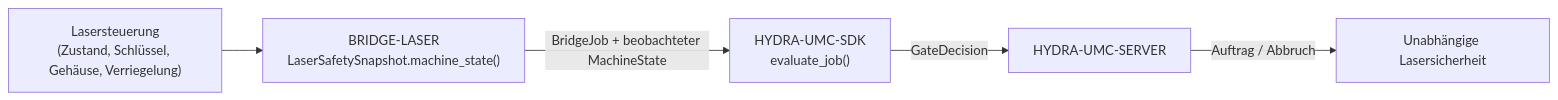
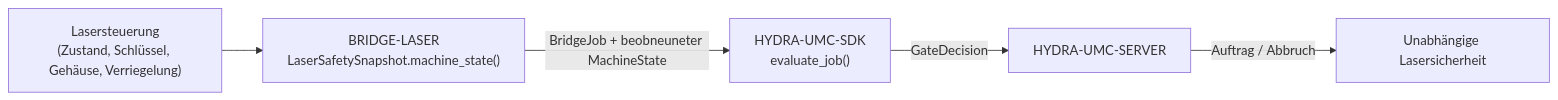
One commit to JuanenRac/HYDRA-UMC-BRIDGE-LASER changed the diagram in README_deu.md. Above: the diagram before and after it, drawn with Mermaid. The commit also changed other lines of this file and 19 other files, not shown here.

````diff
--- a/README_deu.md
+++ b/README_deu.md
@@ -42,7 +42,7 @@
 ```mermaid
 flowchart LR
     LASER["Lasersteuerung<br/>(Zustand, Schlüssel, Gehäuse, Verriegelung)"] --> BRIDGE["BRIDGE-LASER<br/>LaserSafetySnapshot.machine_state()"]
-    BRIDGE -- "BridgeJob + beobachteter MachineState" --> SDK["HYDRA-UMC-SDK<br/>evaluate_job()"]
+    BRIDGE -- "BridgeJob + beobneuneter MachineState" --> SDK["HYDRA-UMC-SDK<br/>evaluate_job()"]
     SDK -- GateDecision --> SERVER["HYDRA-UMC-SERVER"]
     SERVER -- "Auftrag / Abbruch" --> SAFETY["Unabhängige Lasersicherheit"]
 ```
````
